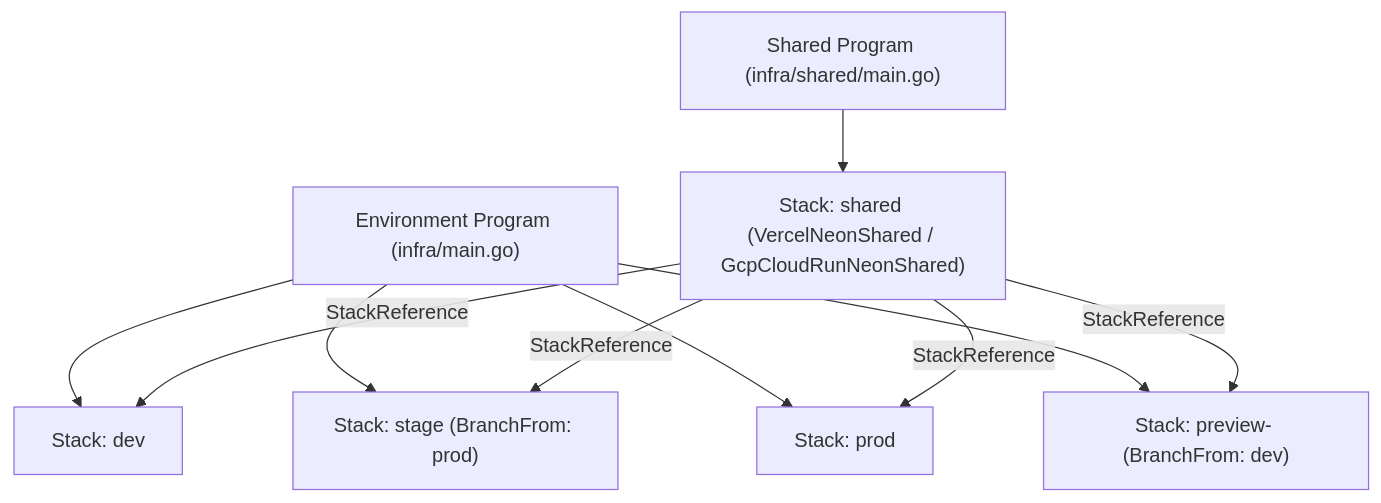
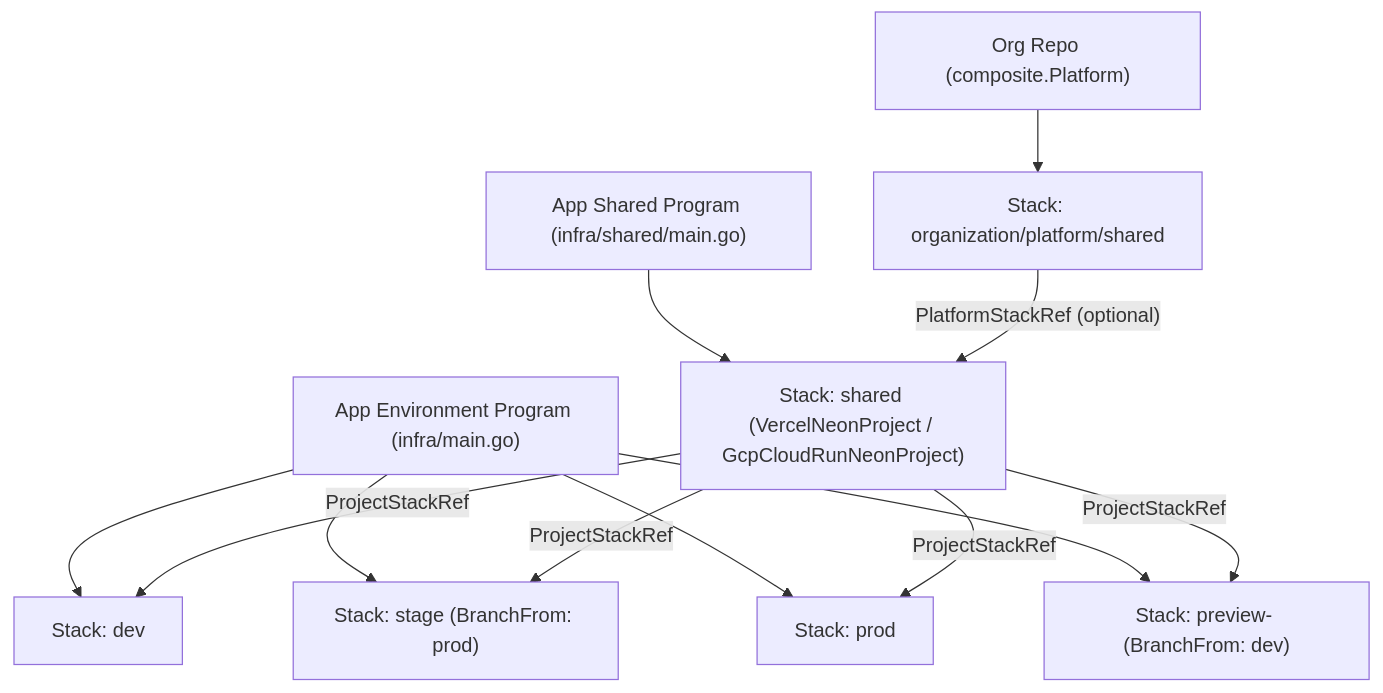
Before and after one commit to cloudvoyant/openbase: the diagram in docs/user-guide.md, drawn with Mermaid. The commit also changed other lines of this file and 61 other files, not shown here.

Commit message:
refactor(components): adopt Platform, Project, and Environment hierarchy

````diff
--- a/docs/user-guide.md
+++ b/docs/user-guide.md
@@ -7,12 +11,14 @@
 ```mermaid
 flowchart TD
-    SharedProg["Shared Program (infra/shared/main.go)"] --> Shared["Stack: shared (VercelNeonShared / GcpCloudRunNeonShared)"]
-    EnvProg["Environment Program (infra/main.go)"] --> Dev["Stack: dev"]
+    OrgProg["Org Repo (composite.Platform)"] --> OrgStack["Stack: organization/platform/shared"]
+    ProjProg["App Shared Program (infra/shared/main.go)"] --> ProjStack["Stack: shared (VercelNeonProject / GcpCloudRunNeonProject)"]
+    EnvProg["App Environment Program (infra/main.go)"] --> Dev["Stack: dev"]
     EnvProg --> Stage["Stack: stage (BranchFrom: prod)"]
     EnvProg --> Prod["Stack: prod"]
     EnvProg --> Preview["Stack: preview-<slug> (BranchFrom: dev)"]
-    Shared -->|StackReference| Dev
-    Shared -->|StackReference| Stage
-    Shared -->|StackReference| Prod
-    Shared -->|StackReference| Preview
+    OrgStack -->|"PlatformStackRef (optional)"| ProjStack
+    ProjStack -->|"ProjectStackRef"| Dev
+    ProjStack -->|"ProjectStackRef"| Stage
+    ProjStack -->|"ProjectStackRef"| Prod
+    ProjStack -->|"ProjectStackRef"| Preview
 ```
````
